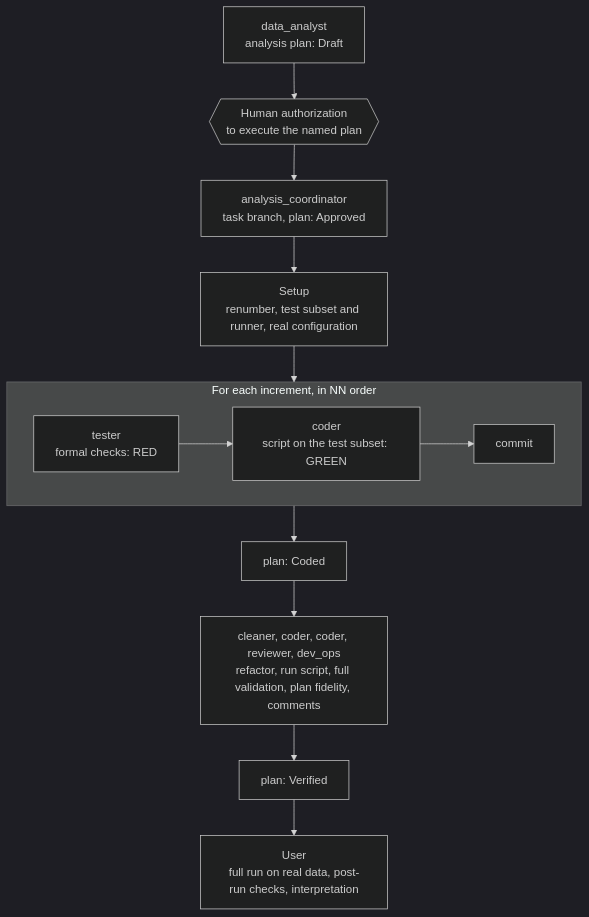
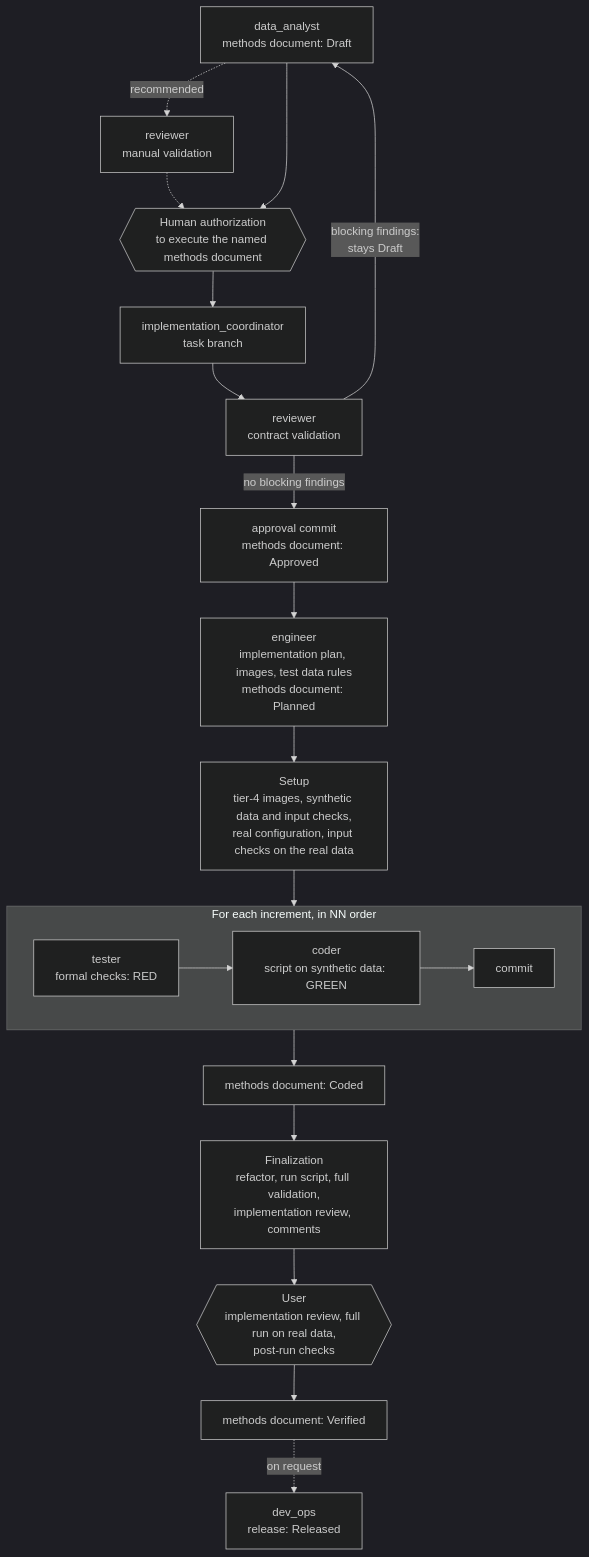
One commit to yocra3/AI_agents changed the second of 2 diagrams in README.md. Above: the diagram before and after it, drawn with Mermaid (dark theme). The commit also changed other lines of this file and 8 other files, not shown here.

First line of the commit message:
docs: align docs and bootstrap with the unified implementation flow

````diff
--- a/README.md
+++ b/README.md
@@ -76,15 +101,22 @@
 ```mermaid
 flowchart TD
-    DA["data_analyst<br/>analysis plan: Draft"] --> HA{{"Human authorization<br/>to execute the named plan"}}
-    HA --> AC["analysis_coordinator<br/>task branch, plan: Approved"]
-    AC --> SE["Setup<br/>renumber, test subset and runner, real configuration"]
+    DA["data_analyst<br/>methods document: Draft"] -. recommended .-> MV["reviewer<br/>manual validation"]
+    MV -.-> HA
+    DA --> HA{{"Human authorization<br/>to execute the named methods document"}}
+    HA --> IC["implementation_coordinator<br/>task branch"]
+    IC --> RV["reviewer<br/>contract validation"]
+    RV -- "blocking findings:<br/>stays Draft" --> DA
+    RV -- "no blocking findings" --> AP["approval commit<br/>methods document: Approved"]
+    AP --> EN["engineer<br/>implementation plan, images, test data rules<br/>methods document: Planned"]
+    EN --> SE["Setup<br/>tier-4 images, synthetic data and input checks,<br/>real configuration, input checks on the real data"]
     SE --> INC
     subgraph INC ["For each increment, in NN order"]
         direction LR
-        T["tester<br/>formal checks: RED"] --> C["coder<br/>script on the test subset: GREEN"] --> CM["commit"]
+        T["tester<br/>formal checks: RED"] --> C["coder<br/>script on synthetic data: GREEN"] --> CM["commit"]
     end
-    INC --> CO["plan: Coded"]
-    CO --> FI["cleaner, coder, coder, reviewer, dev_ops<br/>refactor, run script, full validation, plan fidelity, comments"]
-    FI --> VE["plan: Verified"]
-    VE --> US["User<br/>full run on real data, post-run checks, interpretation"]
+    INC --> CO["methods document: Coded"]
+    CO --> FI["Finalization<br/>refactor, run script, full validation,<br/>implementation review, comments"]
+    FI --> US{{"User<br/>implementation review, full run on real data,<br/>post-run checks"}}
+    US --> VE["methods document: Verified"]
+    VE -. on request .-> DO["dev_ops<br/>release: Released"]
 ```
````
